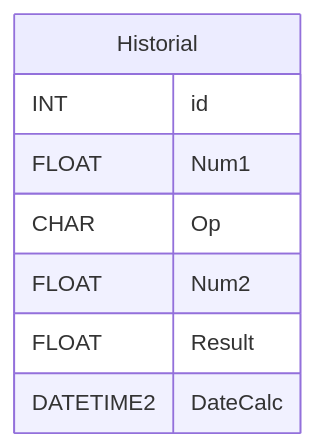
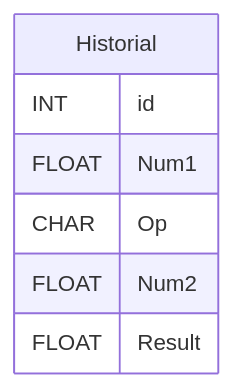
The first of 4 diagrams in README.md (Ju3juan/calculadora-cs), drawn with Mermaid before and after one commit. The commit also changed 4 other files, not shown here.

````diff
--- a/README.md
+++ b/README.md
@@ -31,12 +31,10 @@
 ```mermaid
 erDiagram
     Historial {
         INT id
         FLOAT Num1
         CHAR Op
         FLOAT Num2
         FLOAT Result
-        DATETIME2 DateCalc
     }
-
 ```
````
